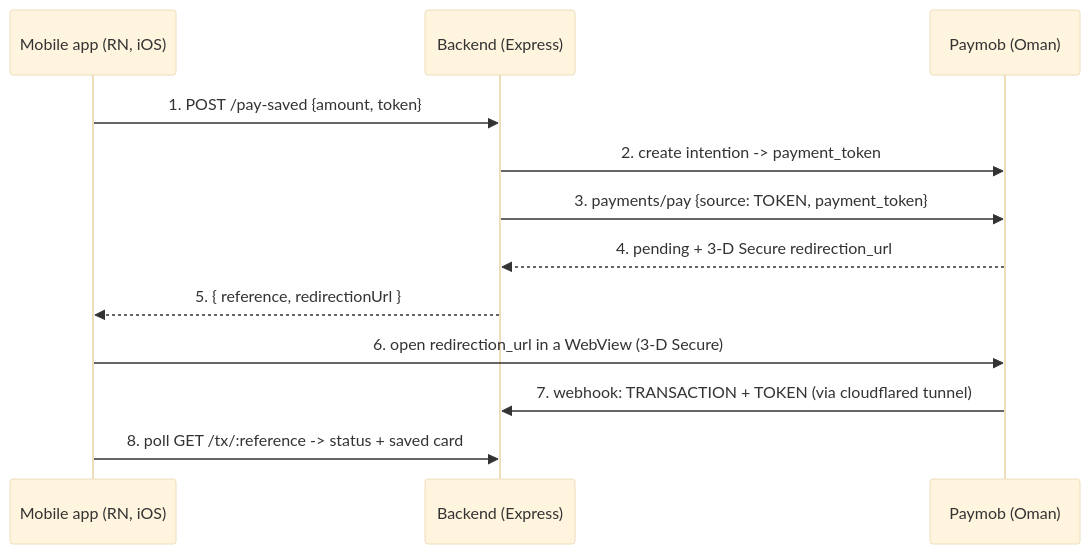
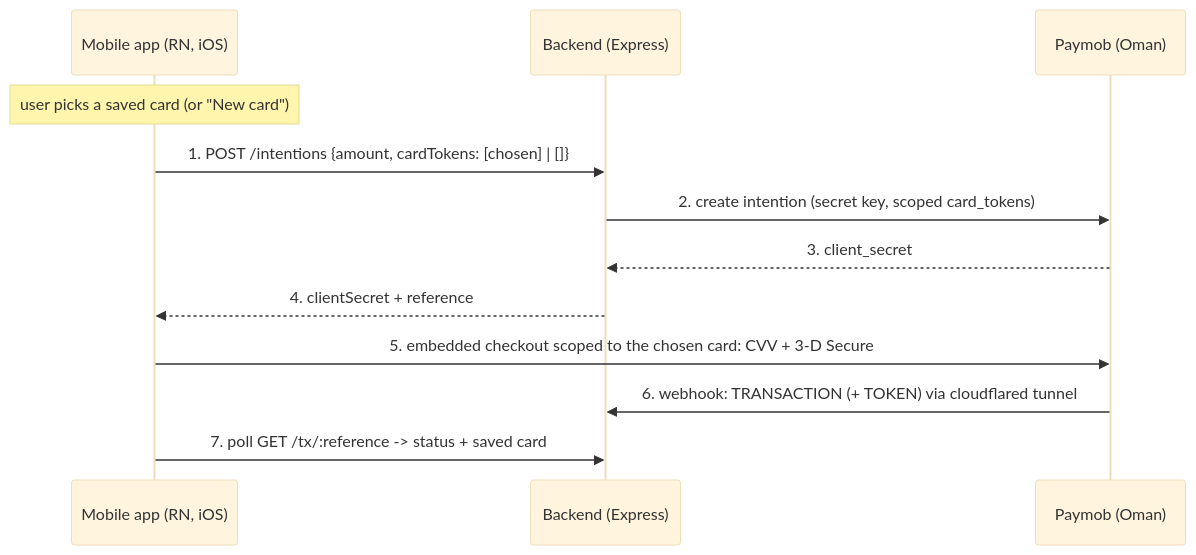
One commit to pevet/paymob-reactnative-sdk changed the second of 2 diagrams in ARCHITECTURE.md. Above: the diagram before and after it, drawn with Mermaid (base theme). The commit also changed other lines of this file and 1 other file, not shown here.

First line of the commit message:
Replace headless pay with scoped intention; drop /pay-saved

````diff
--- a/ARCHITECTURE.md
+++ b/ARCHITECTURE.md
@@ -73,14 +81,14 @@
 ```mermaid
 sequenceDiagram
     participant App as Mobile app (RN, iOS)
     participant BE as Backend (Express)
     participant PM as Paymob (Oman)
-    App->>BE: 1. POST /pay-saved {amount, token}
-    BE->>PM: 2. create intention -> payment_token
-    BE->>PM: 3. payments/pay {source: TOKEN, payment_token}
-    PM-->>BE: 4. pending + 3-D Secure redirection_url
-    BE-->>App: 5. { reference, redirectionUrl }
-    App->>PM: 6. open redirection_url in a WebView (3-D Secure)
-    PM->>BE: 7. webhook: TRANSACTION + TOKEN (via cloudflared tunnel)
-    App->>BE: 8. poll GET /tx/:reference -> status + saved card
+    Note over App: user picks a saved card (or "New card")
+    App->>BE: 1. POST /intentions {amount, cardTokens: [chosen] | []}
+    BE->>PM: 2. create intention (secret key, scoped card_tokens)
+    PM-->>BE: 3. client_secret
+    BE-->>App: 4. clientSecret + reference
+    App->>PM: 5. embedded checkout scoped to the chosen card: CVV + 3-D Secure
+    PM->>BE: 6. webhook: TRANSACTION (+ TOKEN) via cloudflared tunnel
+    App->>BE: 7. poll GET /tx/:reference -> status + saved card
 ```
````
